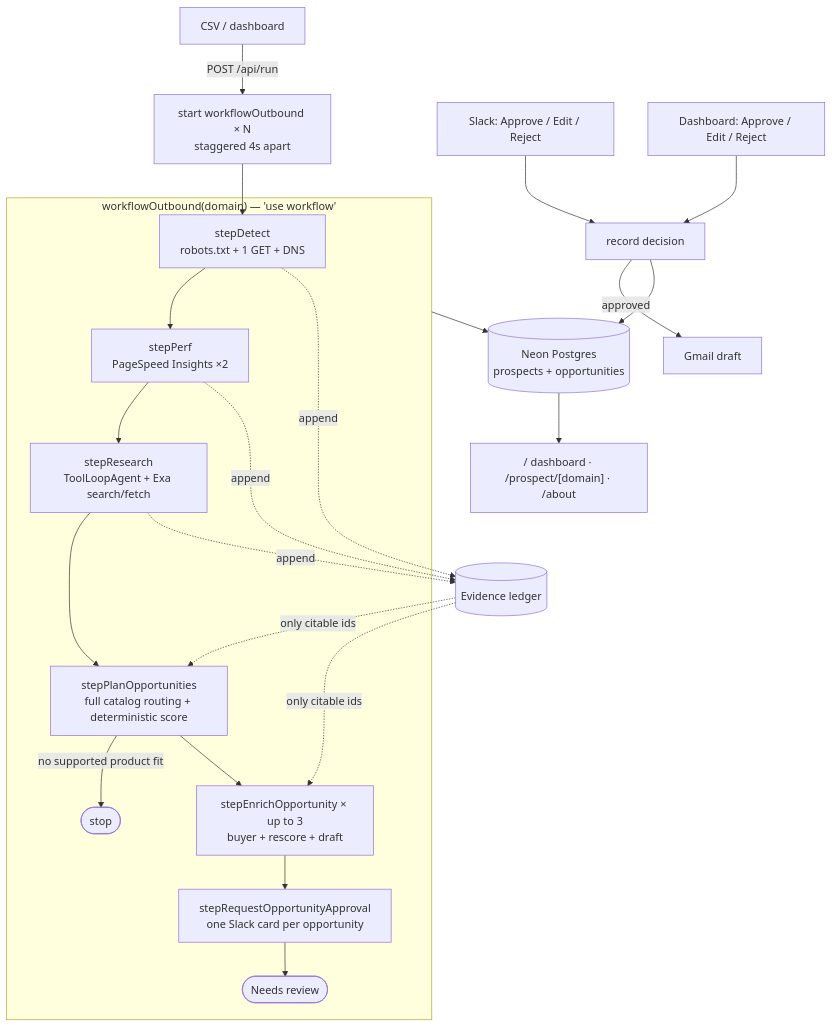
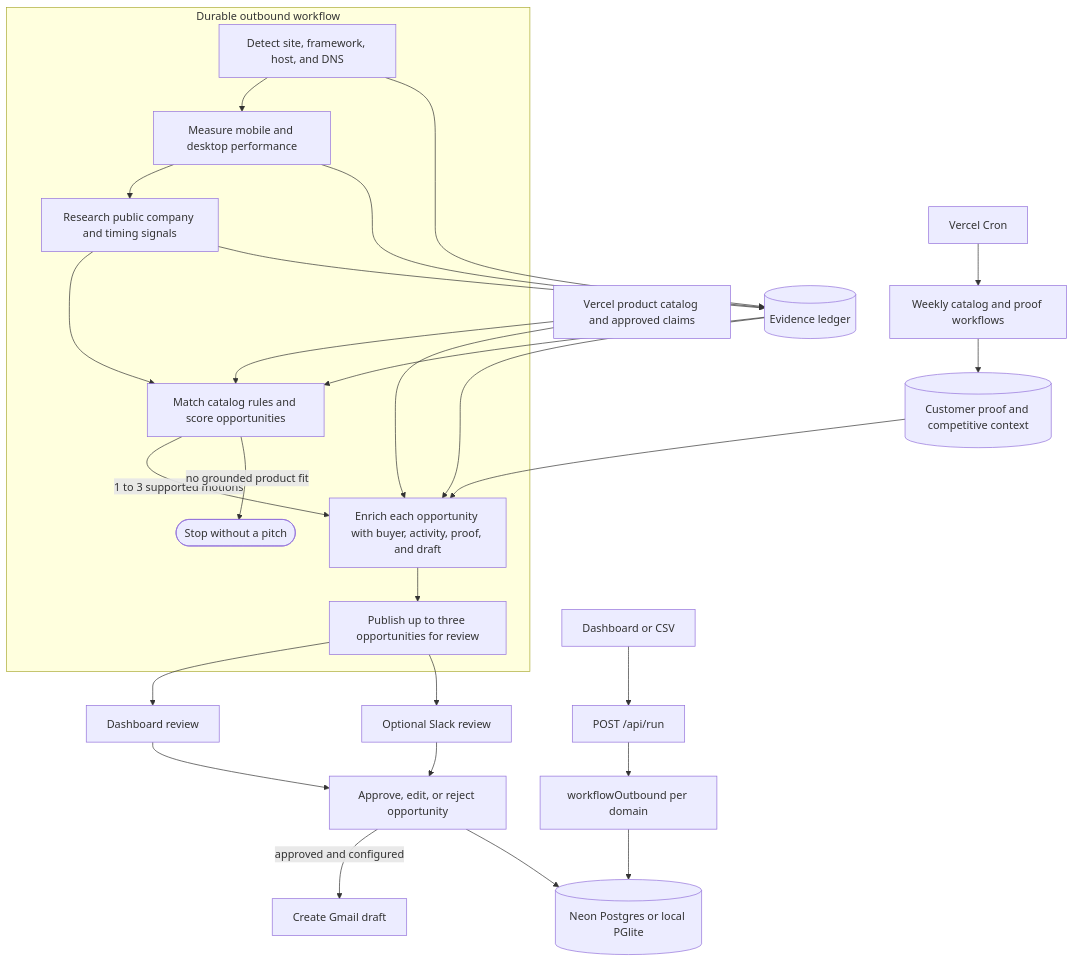
The first of 2 diagrams in README.md (alvinalaphat/next-prospect), drawn with Mermaid before and after one commit. The commit also changed other lines of this file and 1 other file, not shown here.

````diff
--- a/README.md
+++ b/README.md
@@ -53,26 +74,36 @@
 ```mermaid
 flowchart TD
-    CSV[CSV / dashboard] -->|POST /api/run| RUN[start workflowOutbound × N<br/>staggered 4s apart]
-    RUN --> D
+    INPUT[Dashboard or CSV] --> API[POST /api/run]
+    API --> WF[workflowOutbound per domain]
 
-    subgraph WF["workflowOutbound(domain) — 'use workflow'"]
-        D["stepDetect<br/>robots.txt + 1 GET + DNS"] --> P["stepPerf<br/>PageSpeed Insights ×2"]
-        P --> R["stepResearch<br/>ToolLoopAgent + Exa search/fetch"]
-        R --> Q["stepPlanOpportunities<br/>full catalog routing + deterministic score"]
-        Q -->|no supported product fit| STOP2([stop])
-        Q --> B["stepEnrichOpportunity × up to 3<br/>buyer + rescore + draft"]
-        B --> H["stepRequestOpportunityApproval<br/>one Slack card per opportunity"]
-        H --> DONE([Needs review])
+    subgraph PIPELINE[Durable outbound workflow]
+        D[Detect site, framework, host, and DNS]
+        P[Measure mobile and desktop performance]
+        R[Research public company and timing signals]
+        PLAN[Match catalog rules and score opportunities]
+        ENRICH[Enrich each opportunity with buyer, activity, proof, and draft]
+        READY[Publish up to three opportunities for review]
+
+        D --> P --> R --> PLAN
+        PLAN -->|1 to 3 supported motions| ENRICH --> READY
+        PLAN -->|no grounded product fit| STOP([Stop without a pitch])
     end
 
-    D & P & R -.->|append| LEDGER[(Evidence ledger)]
-    LEDGER -.->|only citable ids| Q & B
+    D & P & R --> LEDGER[(Evidence ledger)]
+    CATALOG[Vercel product catalog and approved claims] --> PLAN
+    CATALOG --> ENRICH
+    PROOF[(Customer proof and competitive context)] --> ENRICH
+    LEDGER --> PLAN
+    LEDGER --> ENRICH
 
-    SLACK[Slack: Approve / Edit / Reject] --> DEC[record decision]
-    DASH[Dashboard: Approve / Edit / Reject] --> DEC
-    DEC -->|approved| GMAIL[Gmail draft]
-    DEC --> DB
+    READY --> DASH[Dashboard review]
+    READY --> SLACK[Optional Slack review]
+    DASH & SLACK --> DECISION[Approve, edit, or reject opportunity]
+    DECISION -->|approved and configured| GMAIL[Create Gmail draft]
 
-    WF --> DB[(Neon Postgres<br/>prospects + opportunities)]
-    DB --> UI["/ dashboard · /prospect/[domain] · /about"]
+    WF --> DB[(Neon Postgres or local PGlite)]
+    DECISION --> DB
+
+    CRON[Vercel Cron] --> MAINT[Weekly catalog and proof workflows]
+    MAINT --> PROOF
 ```
````
